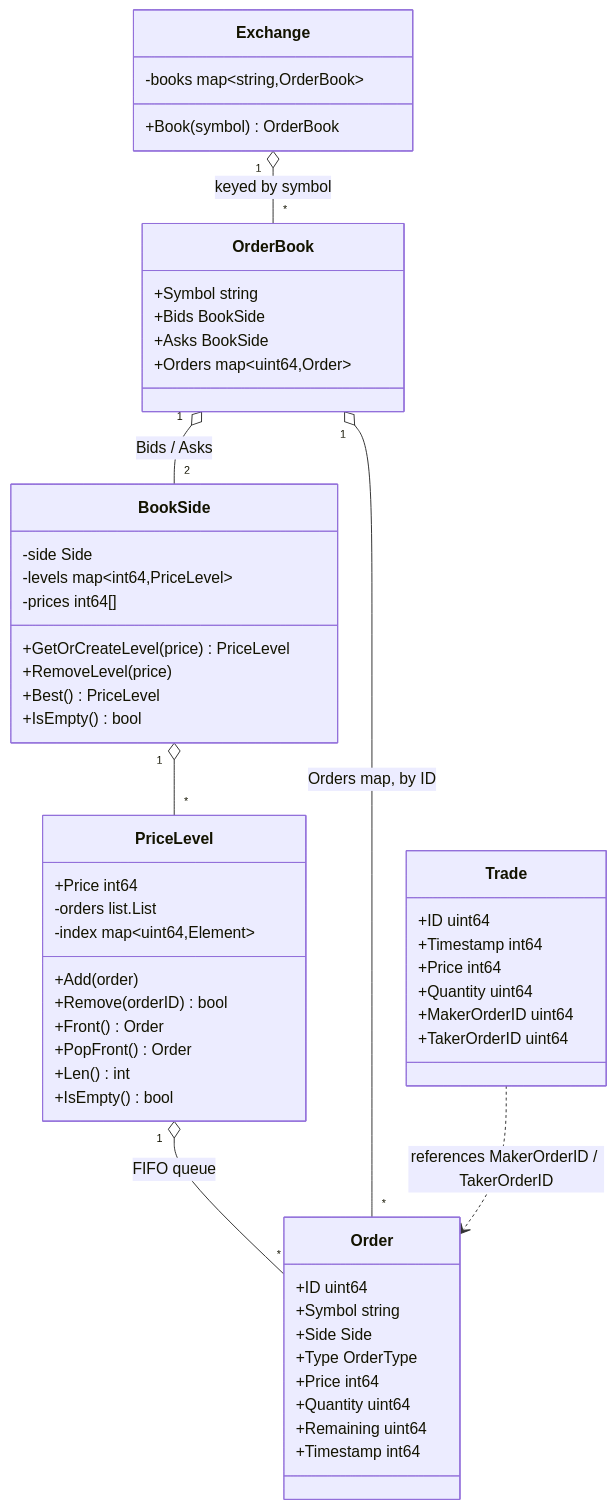
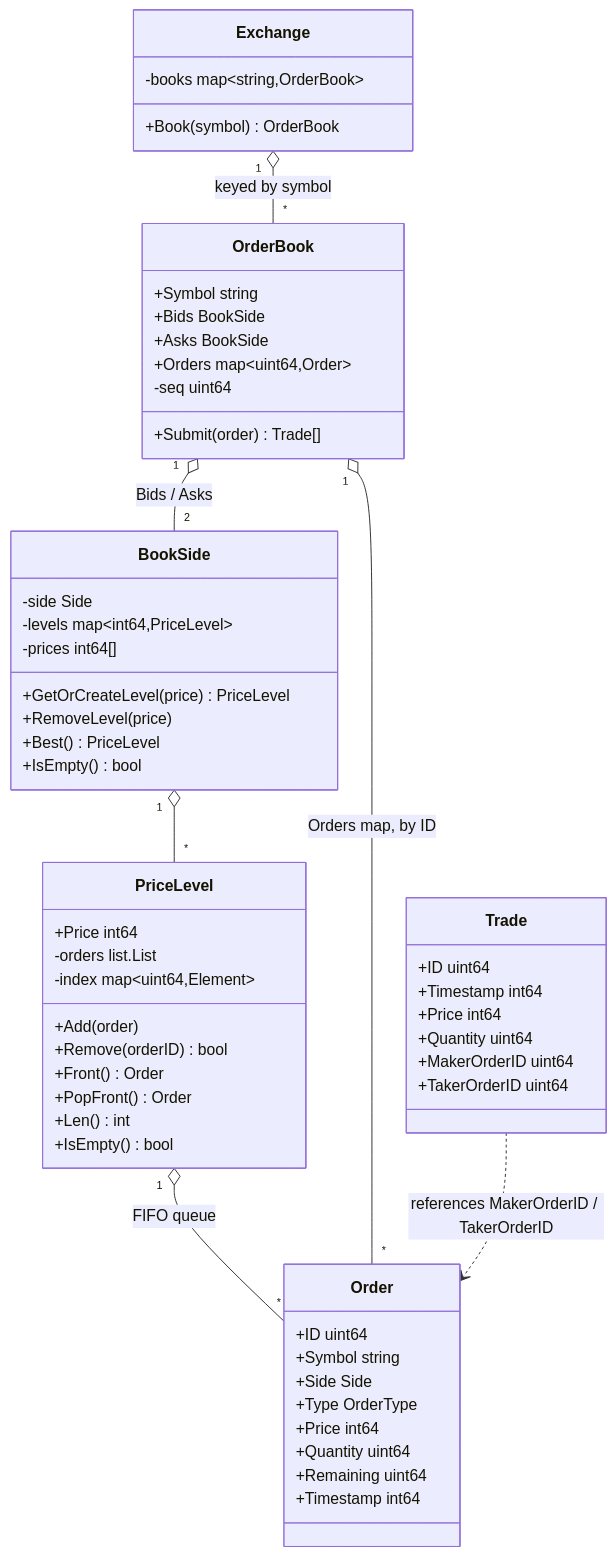
One commit to guilhermemcandido/janus changed the diagram in README.md. Above: the diagram before and after it, drawn with Mermaid.

Commit message:
Update architecture diagram with OrderBook.Submit

````diff
--- a/README.md
+++ b/README.md
@@ -11,58 +11,60 @@
 ```mermaid
 classDiagram
     class Exchange {
         -books map~string,OrderBook~
         +Book(symbol) OrderBook
     }
     class OrderBook {
         +Symbol string
         +Bids BookSide
         +Asks BookSide
         +Orders map~uint64,Order~
+        -seq uint64
+        +Submit(order) Trade[]
     }
     class BookSide {
         -side Side
         -levels map~int64,PriceLevel~
         -prices int64[]
         +GetOrCreateLevel(price) PriceLevel
         +RemoveLevel(price)
         +Best() PriceLevel
         +IsEmpty() bool
     }
     class PriceLevel {
         +Price int64
         -orders list.List
         -index map~uint64,Element~
         +Add(order)
         +Remove(orderID) bool
         +Front() Order
         +PopFront() Order
         +Len() int
         +IsEmpty() bool
     }
     class Order {
         +ID uint64
         +Symbol string
         +Side Side
         +Type OrderType
         +Price int64
         +Quantity uint64
         +Remaining uint64
         +Timestamp int64
     }
     class Trade {
         +ID uint64
         +Timestamp int64
         +Price int64
         +Quantity uint64
         +MakerOrderID uint64
         +TakerOrderID uint64
     }
 
     Exchange "1" o-- "*" OrderBook : keyed by symbol
     OrderBook "1" o-- "2" BookSide : Bids / Asks
     BookSide "1" o-- "*" PriceLevel
     PriceLevel "1" o-- "*" Order : FIFO queue
     OrderBook "1" o-- "*" Order : Orders map, by ID
     Trade ..> Order : references MakerOrderID / TakerOrderID
 ```
````
